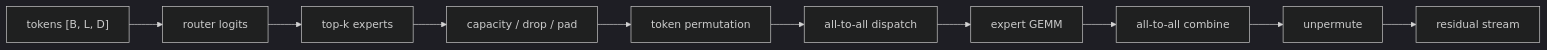
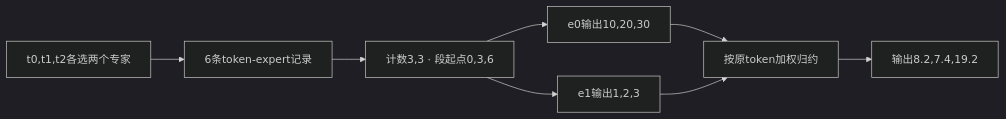
Before and after one commit to Charles2530/Charles-AI-notes: the diagram in files/operators/moe-routing-and-sparse-kernels.md, drawn with Mermaid (dark theme). The commit also changed other lines of this file and 954 other files, not shown here.

````diff
--- a/files/operators/moe-routing-and-sparse-kernels.md
+++ b/files/operators/moe-routing-and-sparse-kernels.md
@@ -24,12 +26,9 @@
 ```mermaid
 flowchart LR
-    A["tokens [B, L, D]"] --> B["router logits"]
-    B --> C["top-k experts"]
-    C --> D["capacity / drop / pad"]
-    D --> E["token permutation"]
-    E --> F["all-to-all dispatch"]
-    F --> G["expert GEMM"]
-    G --> H["all-to-all combine"]
-    H --> I["unpermute"]
-    I --> J["residual stream"]
+  T["t0,t1,t2各选两个专家"] --> R["6条token-expert记录"] --> C["计数3,3 · 段起点0,3,6"]
+  C --> E0["e0输出10,20,30"]
+  C --> E1["e1输出1,2,3"]
+  E0 --> G["按原token加权归约"]
+  E1 --> G
+  G --> Y["输出8.2,7.4,19.2"]
 ```
````
